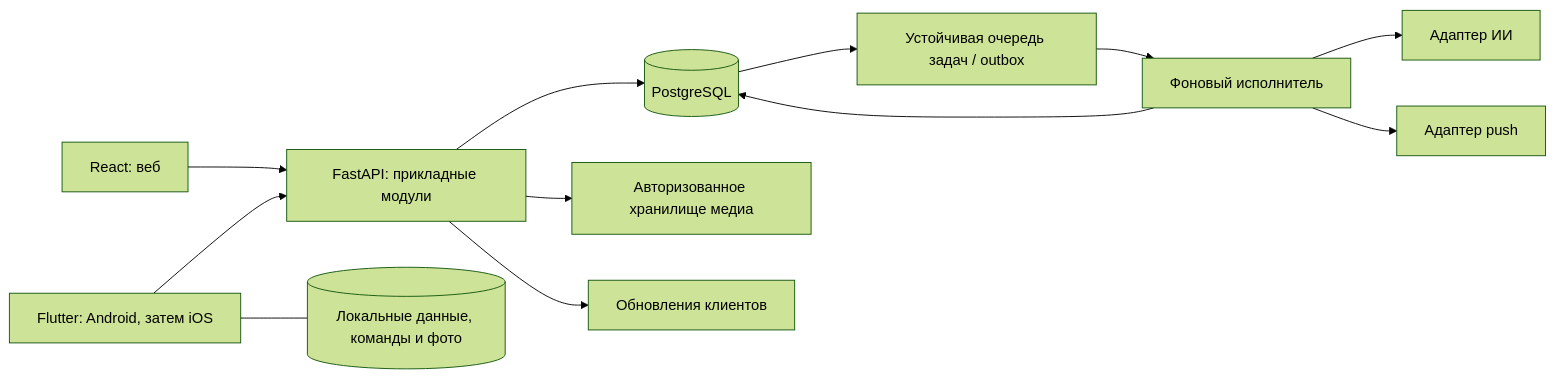
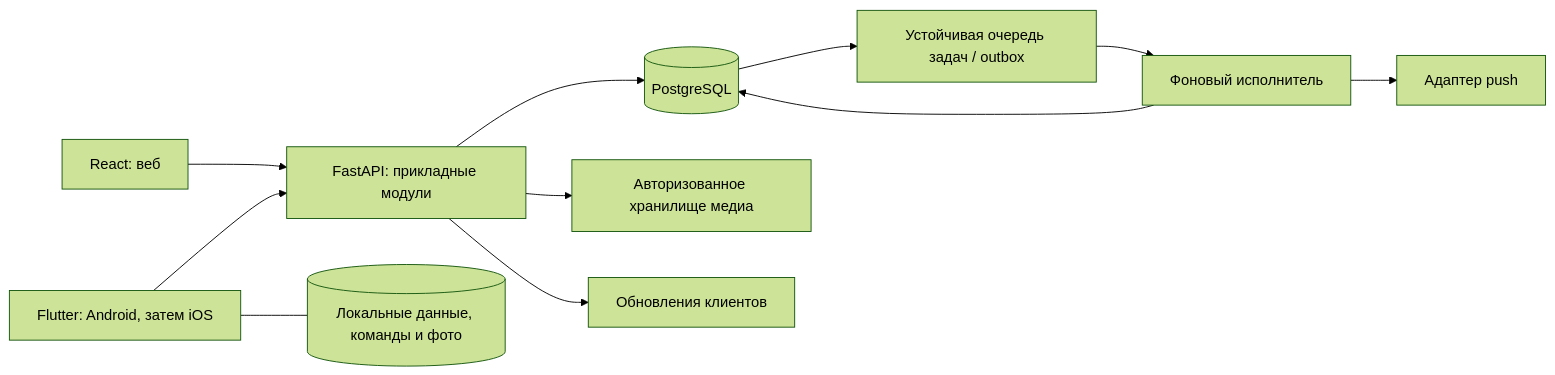
Before and after one commit to bshakaryan/km_case_hack: the second of 2 diagrams in docs/architecture.md, drawn with Mermaid (forest theme). The commit also changed other lines of this file and 167 other files, not shown here.

````diff
--- a/docs/architecture.md
+++ b/docs/architecture.md
@@ -123,14 +115,13 @@
 ```mermaid
 flowchart LR
   W[React: веб] --> API[FastAPI: прикладные модули]
   F[Flutter: Android, затем iOS] --> API
   F --- L[(Локальные данные, команды и фото)]
   API --> DB[(PostgreSQL)]
   API --> MS[Авторизованное хранилище медиа]
   DB --> O[Устойчивая очередь задач / outbox]
   O --> J[Фоновый исполнитель]
-  J --> AI[Адаптер ИИ]
   J --> PUSH[Адаптер push]
   J --> DB
   API --> RT[Обновления клиентов]
 ```
````
